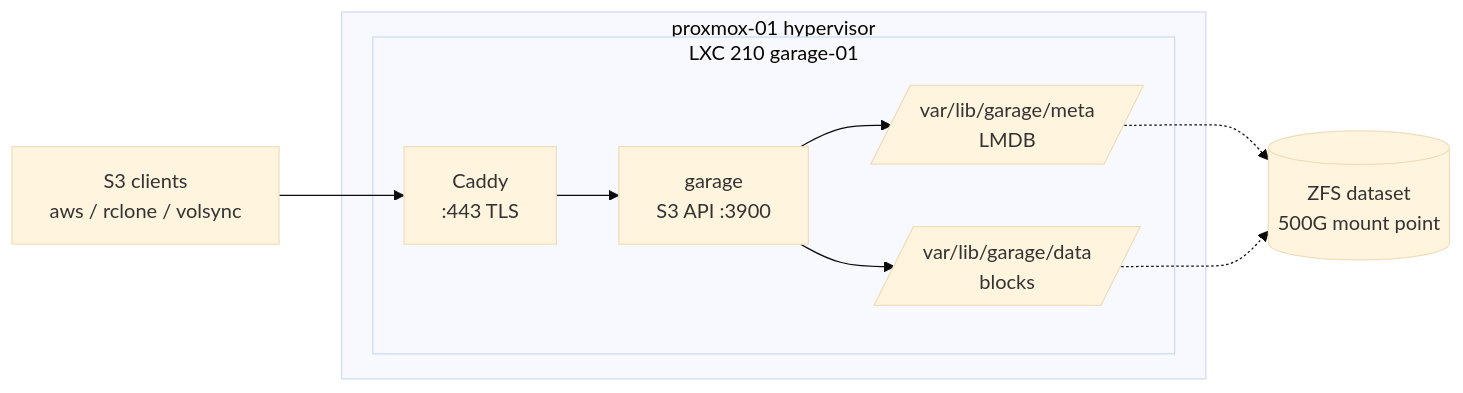
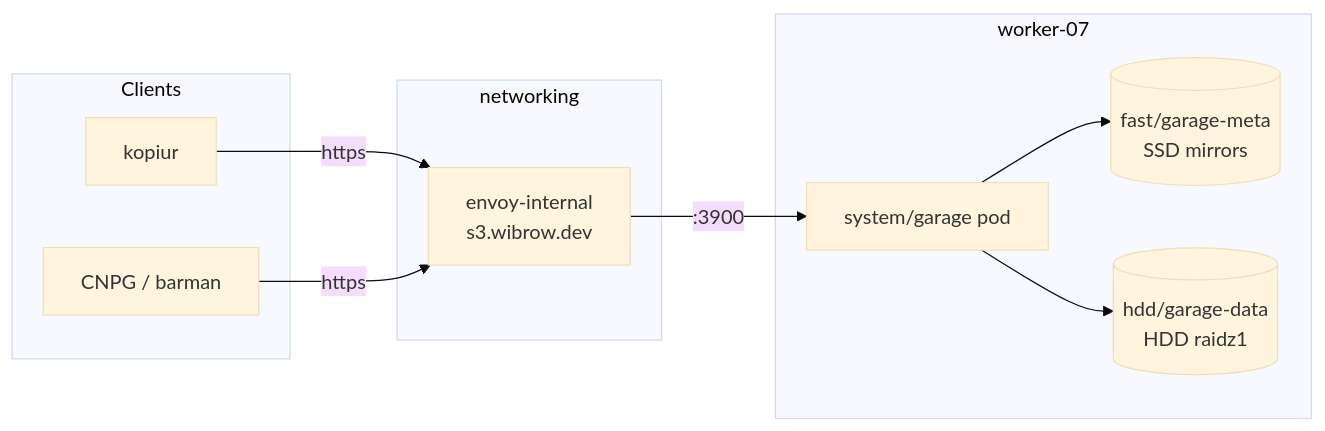
The diagram in docs/storage/garage.md (swibrow/home-ops), drawn with Mermaid (base theme) before and after one commit. The commit also changed other lines of this file and 4 other files, not shown here.

First line of the commit message:
docs: record the proxmox-01 migration and document in-cluster Garage

````diff
--- a/docs/storage/garage.md
+++ b/docs/storage/garage.md
@@ -13,13 +11,20 @@
 ```mermaid
 flowchart LR
-    subgraph PVE[proxmox-01 hypervisor]
-        subgraph CT[LXC 210 garage-01]
-            CADDY[Caddy\n:443 TLS] --> GARAGE[garage\nS3 API :3900]
-            GARAGE --> META[/var/lib/garage/meta\nLMDB/]
-            GARAGE --> DATA[/var/lib/garage/data\nblocks/]
-        end
+    subgraph clients[Clients]
+        KOP[kopiur]
+        CNPG[CNPG / barman]
     end
-    CLIENT[S3 clients\naws / rclone / volsync] --> CADDY
-    META -.-> ZFS[(ZFS dataset\n500G mount point)]
-    DATA -.-> ZFS
+    subgraph gw[networking]
+        ENV[envoy-internal<br/>s3.wibrow.dev]
+    end
+    subgraph w7[worker-07]
+        G[system/garage pod]
+        META[(fast/garage-meta<br/>SSD mirrors)]
+        DATA[(hdd/garage-data<br/>HDD raidz1)]
+    end
+    KOP -->|https| ENV
+    CNPG -->|https| ENV
+    ENV -->|:3900| G
+    G --> META
+    G --> DATA
 ```
````
